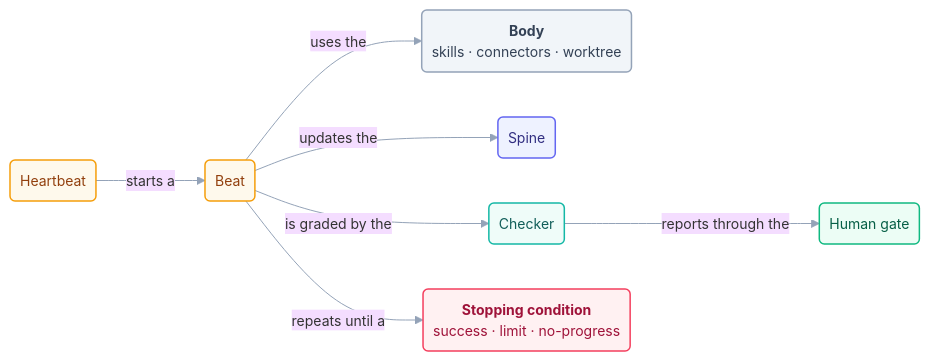
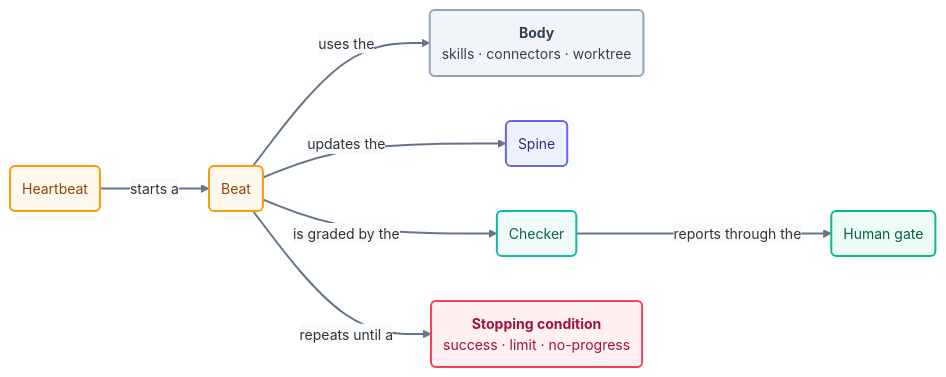
One commit to ayeshakhalid192007-dev/LoopEngineering-CrashCourse changed the diagram in docs/02-foundations/glossary.md. Above: the diagram before and after it, drawn with Mermaid. The commit also changed 66 other files, not shown here.

First line of the commit message:
docs(diagrams): bolden and unify all 70 mermaid diagrams

````diff
--- a/docs/02-foundations/glossary.md
+++ b/docs/02-foundations/glossary.md
@@ -105,16 +105,17 @@
 ```mermaid
-%%{init: {'theme':'base','themeVariables':{'fontFamily':'ui-sans-serif, system-ui, sans-serif','fontSize':'14px','lineColor':'#94a3b8'},'flowchart':{'curve':'basis','nodeSpacing':45,'rankSpacing':60,'padding':10}}}%%
+%%{init: {'theme':'base','themeVariables':{'fontFamily':'ui-sans-serif, system-ui, sans-serif','fontSize':'14px','lineColor':'#64748b','edgeLabelBackground':'#f8fafc'},'flowchart':{'curve':'basis','nodeSpacing':45,'rankSpacing':60,'padding':12}}}%%
 flowchart LR
     HB("Heartbeat"):::time -->|starts a| BT("Beat"):::time
     BT -->|uses the| BD("<b>Body</b><br/>skills · connectors · worktree"):::body
     BT -->|updates the| SPN("Spine"):::spine
     BT -->|is graded by the| CHK("Checker"):::check
     CHK -->|reports through the| HG("Human gate"):::human
     BT -->|repeats until a| STP("<b>Stopping condition</b><br/>success · limit · no-progress"):::stop
-    classDef time fill:#fef9ec,stroke:#f59e0b,stroke-width:1.5px,color:#92400e;
-    classDef body fill:#f1f5f9,stroke:#94a3b8,stroke-width:1.5px,color:#334155;
-    classDef spine fill:#eef2ff,stroke:#6366f1,stroke-width:1.5px,color:#312e81;
-    classDef check fill:#effcf9,stroke:#14b8a6,stroke-width:1.5px,color:#115e59;
-    classDef human fill:#ecfdf5,stroke:#10b981,stroke-width:1.5px,color:#065f46;
-    classDef stop fill:#fff1f2,stroke:#f43f5e,stroke-width:1.5px,color:#9f1239;
+    linkStyle default stroke:#64748b,stroke-width:2px;
+    classDef time fill:#fef9ec,stroke:#f59e0b,stroke-width:2px,color:#92400e;
+    classDef body fill:#f1f5f9,stroke:#94a3b8,stroke-width:2px,color:#334155;
+    classDef spine fill:#eef2ff,stroke:#6366f1,stroke-width:2px,color:#312e81;
+    classDef check fill:#effcf9,stroke:#14b8a6,stroke-width:2px,color:#115e59;
+    classDef human fill:#ecfdf5,stroke:#10b981,stroke-width:2px,color:#065f46;
+    classDef stop fill:#fff1f2,stroke:#f43f5e,stroke-width:2px,color:#9f1239;
 ```
````
